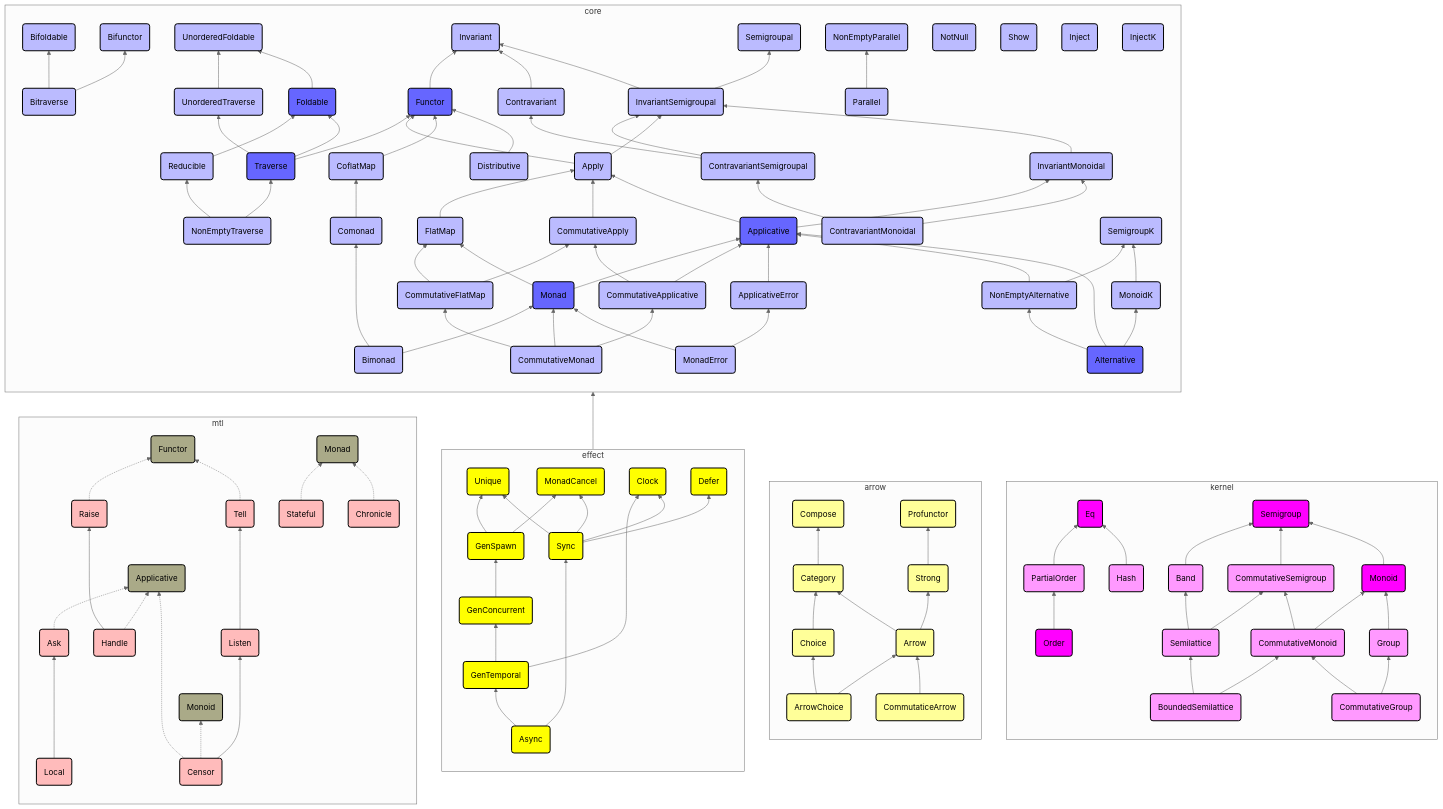
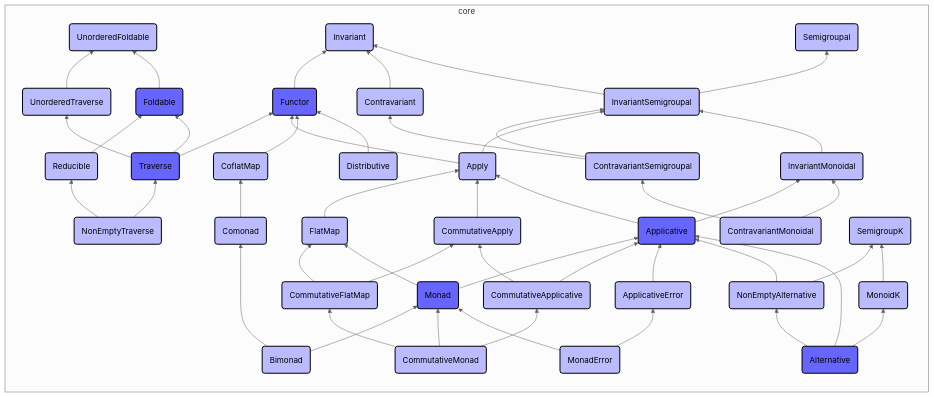
One commit to typelevel/cats changed the third of 6 diagrams in docs/typeclasses.md. Above: the diagram before and after it, drawn with Mermaid (neutral theme).

Commit message:
Refactor typeclass mermaid diagram

````diff
--- a/docs/typeclasses.md
+++ b/docs/typeclasses.md
@@ -232,81 +305,6 @@
 
     classDef core fill:#BBBBFF,stroke-width:2px,stroke:#000;
     classDef coreImportant fill:#6666FF,stroke-width:2px,stroke:#000;
-    classDef kernel fill:#FF99FF,stroke-width:2px,stroke:#000;
-    classDef kernelImportant fill:#FF00FF,stroke-width:2px,stroke:#000;
-    classDef effect fill:#FFFF00,stroke-width:2px,stroke:#000;
-    classDef arrow fill:#FFFF99,stroke-width:2px,stroke:#000;
-    classDef coreInMtl fill:#AAAA88,stroke-width:2px,stroke:#000;
-    classDef mtl fill:#FFBBBB,stroke-width:2px,stroke:#000;
-
-    subgraph kernel
-        direction BT
-        id1(Eq):::kernelImportant;
-        id2(PartialOrder):::kernel;
-        id3(Hash):::kernel;
-        id4(Order):::kernelImportant;
-
-        id2-->id1;
-        id3-->id1;
-        id4-->id2;
-    end
-
-    subgraph core
-        direction BT
-        id5(Bifoldable):::core;
-        id6(Bifunctor):::core;
-        id7(Bitraverse):::core;
-
-        id7-->id5;
-        id7-->id6;
-    end
-
-    subgraph kernel
-        direction BT
-        id8(Semigroup):::kernelImportant;
-        id9(Band):::kernel;
-        id10(CommutativeSemigroup):::kernel;
-        id11(Monoid):::kernelImportant;
-        id12(Semilattice):::kernel;
-        id13(CommutativeMonoid):::kernel;
-        id14(Group):::kernel;
-        id15(BoundedSemilattice):::kernel;
-        id16(CommutativeGroup):::kernel;
-
-        id9-->id8;
-        id10-->id8;
-        id11-->id8;
-        id12-->id9;
-        id12-->id10;
-        id13-->id10;
-        id13-->id11;
-        id14-->id11;
-        id15-->id12;
-        id15-->id13;
-        id16-->id13;
-        id16-->id14;
-    end
-
-    subgraph arrow
-        direction BT
-        id17(Compose):::arrow;
-        id18(Profunctor):::arrow;
-        id19(Category):::arrow;
-        id20(Strong):::arrow;
-        id21(Choice):::arrow;
-        id22(Arrow):::arrow;
-        id23(ArrowChoice):::arrow;
-        id24(CommutaticeArrow):::arrow;
-
-        id19-->id17;
-        id20-->id18;
-        id21-->id19;
-        id22-->id19;
-        id22-->id20;
-        id23-->id21;
-        id23-->id22;
-        id24-->id22;
-    end
 
     subgraph core
         direction BT
@@ -390,72 +388,4 @@
         id55-->id56;
         id54-->id53;
     end
-
-    subgraph effect
-        direction BT
-        id57(Unique):::effect;
-        id58(MonadCancel):::effect;
-        id59(GenSpawn):::effect;
-        id60(Clock):::effect;
-        id61(GenConcurrent):::effect;
-        id62(Defer):::effect;
-        id63(GenTemporal):::effect;
-        id64(Sync):::effect;
-        id65(Async):::effect;
-
-        id58-->id52;
-        id59-->id57;
-        id59-->id58;
-        id61-->id59;
-        id63-->id60;
-        id63-->id61;
-        id64-->id57;
-        id64-->id58;
-        id64-->id60;
-        id64-->id62;
-        id65-->id63;
-        id65-->id64;
-    end
-
-    subgraph mtl
-        direction BT
-        id66(Applicative):::coreInMtl;
-        id67(Functor):::coreInMtl;
-        id68(Ask):::mtl;
-        id69(Raise):::mtl;
-        id70(Tell):::mtl;
-        id71(Local):::mtl;
-        id72(Handle):::mtl;
-        id73(Listen):::mtl;
-        id74(Monoid):::coreInMtl;
-        id75(Monad):::coreInMtl;
-        id76(Censor):::mtl;
-        id77(Stateful):::mtl;
-        id78(Chronicle):::mtl;
-
-        id68-.->id66;
-        id69-.->id67;
-        id70-.->id67;
-        id71--->id68;
-        id72-.->id66;
-        id72--->id69;
-        id73--->id70;
-        id76--->id73;
-        id76-.->id74;
-        id77-.->id75;
-        id78-.->id75;
-        id76-.->id66;
-    end
-
-    subgraph core
-        direction BT
-        id79(NotNull):::core;
-        id80(Show):::core;
-        id81(Inject):::core;
-        id82(InjectK):::core;
-        id83(Parallel):::core;
-        id84(NonEmptyParallel):::core;
-
-        id83-->id84;
-    end
 ```
````
